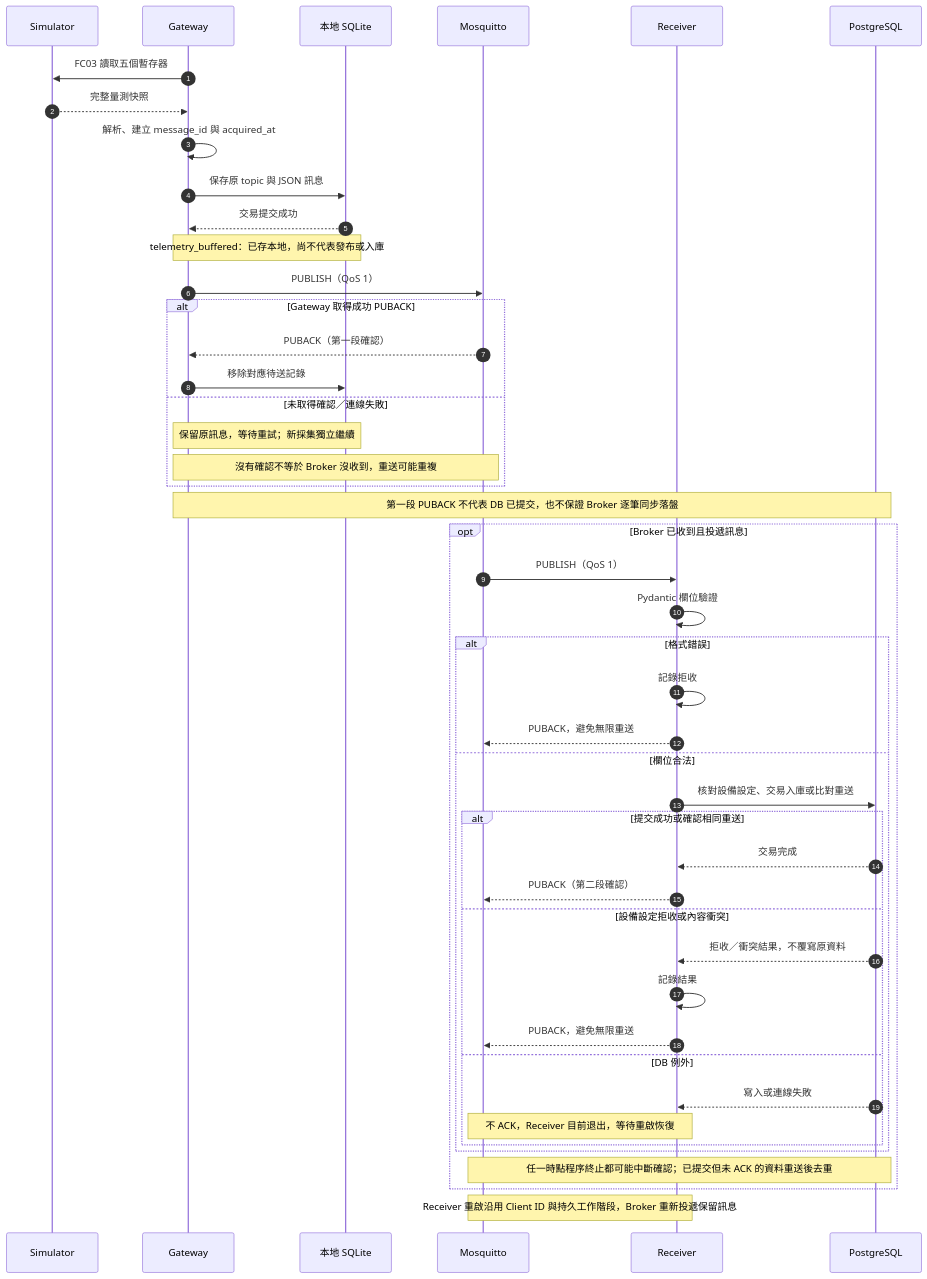
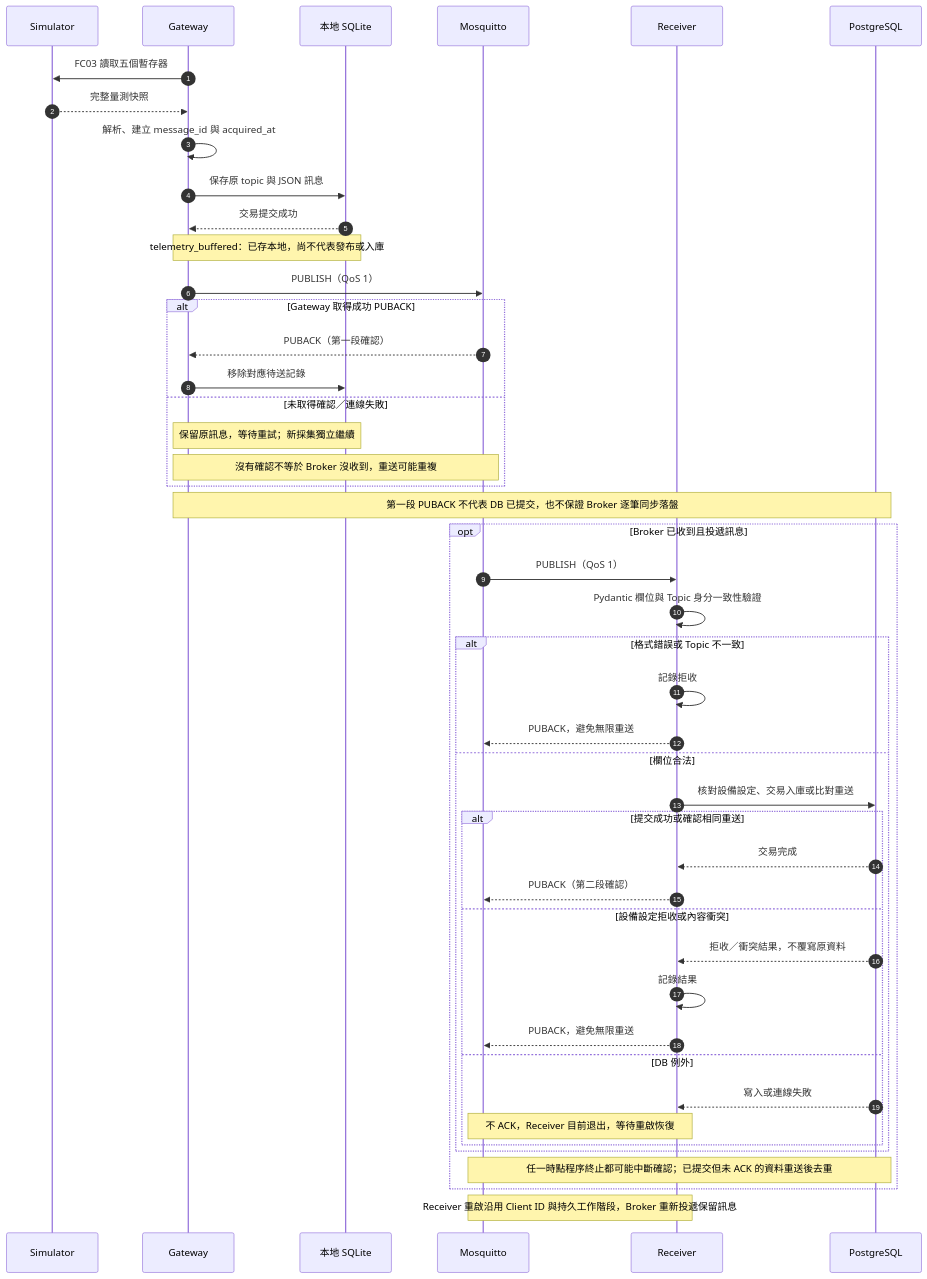
One commit to Ricky0106452/iot-device-integration-demo changed the second of 2 diagrams in docs/ARCHITECTURE.md. Above: the diagram before and after it, drawn with Mermaid. The commit also changed 7 other files, not shown here.

````diff
--- a/docs/ARCHITECTURE.md
+++ b/docs/ARCHITECTURE.md
@@ -50,53 +50,53 @@
 ```mermaid
 sequenceDiagram
     autonumber
     participant S as Simulator
     participant G as Gateway
     participant O as 本地 SQLite
     participant B as Mosquitto
     participant R as Receiver
     participant D as PostgreSQL
 
     G->>S: FC03 讀取五個暫存器
     S-->>G: 完整量測快照
     G->>G: 解析、建立 message_id 與 acquired_at
     G->>O: 保存原 topic 與 JSON 訊息
     O-->>G: 交易提交成功
     Note over G,O: telemetry_buffered：已存本地，尚不代表發布或入庫
 
     G->>B: PUBLISH（QoS 1）
     alt Gateway 取得成功 PUBACK
         B-->>G: PUBACK（第一段確認）
         G->>O: 移除對應待送記錄
     else 未取得確認／連線失敗
         Note over G,O: 保留原訊息，等待重試；新採集獨立繼續
         Note over G,B: 沒有確認不等於 Broker 沒收到，重送可能重複
     end
 
     Note over G,D: 第一段 PUBACK 不代表 DB 已提交，也不保證 Broker 逐筆同步落盤
 
     opt Broker 已收到且投遞訊息
         B->>R: PUBLISH（QoS 1）
-        R->>R: Pydantic 欄位驗證
-        alt 格式錯誤
+        R->>R: Pydantic 欄位與 Topic 身分一致性驗證
+        alt 格式錯誤或 Topic 不一致
             R->>R: 記錄拒收
             R-->>B: PUBACK，避免無限重送
         else 欄位合法
             R->>D: 核對設備設定、交易入庫或比對重送
             alt 提交成功或確認相同重送
                 D-->>R: 交易完成
                 R-->>B: PUBACK（第二段確認）
             else 設備設定拒收或內容衝突
                 D-->>R: 拒收／衝突結果，不覆寫原資料
                 R->>R: 記錄結果
                 R-->>B: PUBACK，避免無限重送
             else DB 例外
                 D-->>R: 寫入或連線失敗
                 Note over B,R: 不 ACK，Receiver 目前退出，等待重啟恢復
             end
         end
         Note over B,D: 任一時點程序終止都可能中斷確認；已提交但未 ACK 的資料重送後去重
     end
 
     Note over B,R: Receiver 重啟沿用 Client ID 與持久工作階段，Broker 重新投遞保留訊息
 ```
````
